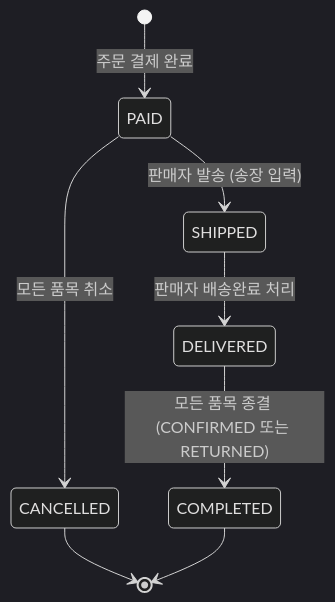
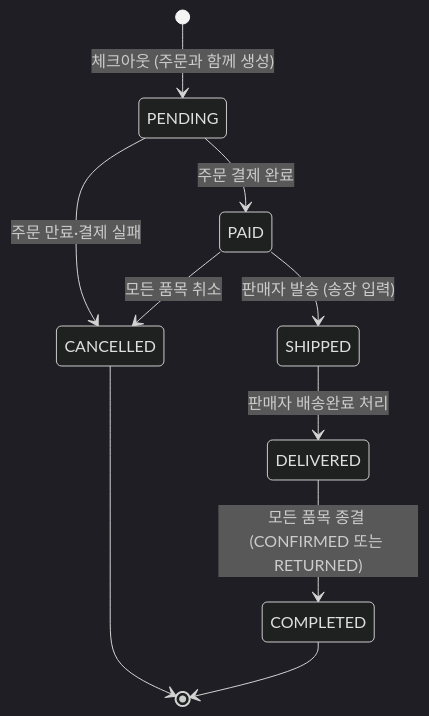
Before and after one commit to 95twan/myroutine-v2: the second of 9 diagrams in docs/02-design/04-state-machines.md, drawn with Mermaid (dark theme). The commit also changed other lines of this file and 27 other files, not shown here.

````diff
--- a/docs/02-design/04-state-machines.md
+++ b/docs/02-design/04-state-machines.md
@@ -40,10 +41,12 @@
 ```mermaid
 stateDiagram-v2
-  [*] --> PAID: 주문 결제 완료
+  [*] --> PENDING: 체크아웃 (주문과 함께 생성)
+  PENDING --> PAID: 주문 결제 완료
+  PENDING --> CANCELLED: 주문 만료·결제 실패
   PAID --> SHIPPED: 판매자 발송 (송장 입력)
   PAID --> CANCELLED: 모든 품목 취소
   SHIPPED --> DELIVERED: 판매자 배송완료 처리
   DELIVERED --> COMPLETED: 모든 품목 종결 (CONFIRMED 또는 RETURNED)
   CANCELLED --> [*]
   COMPLETED --> [*]
 ```
````
